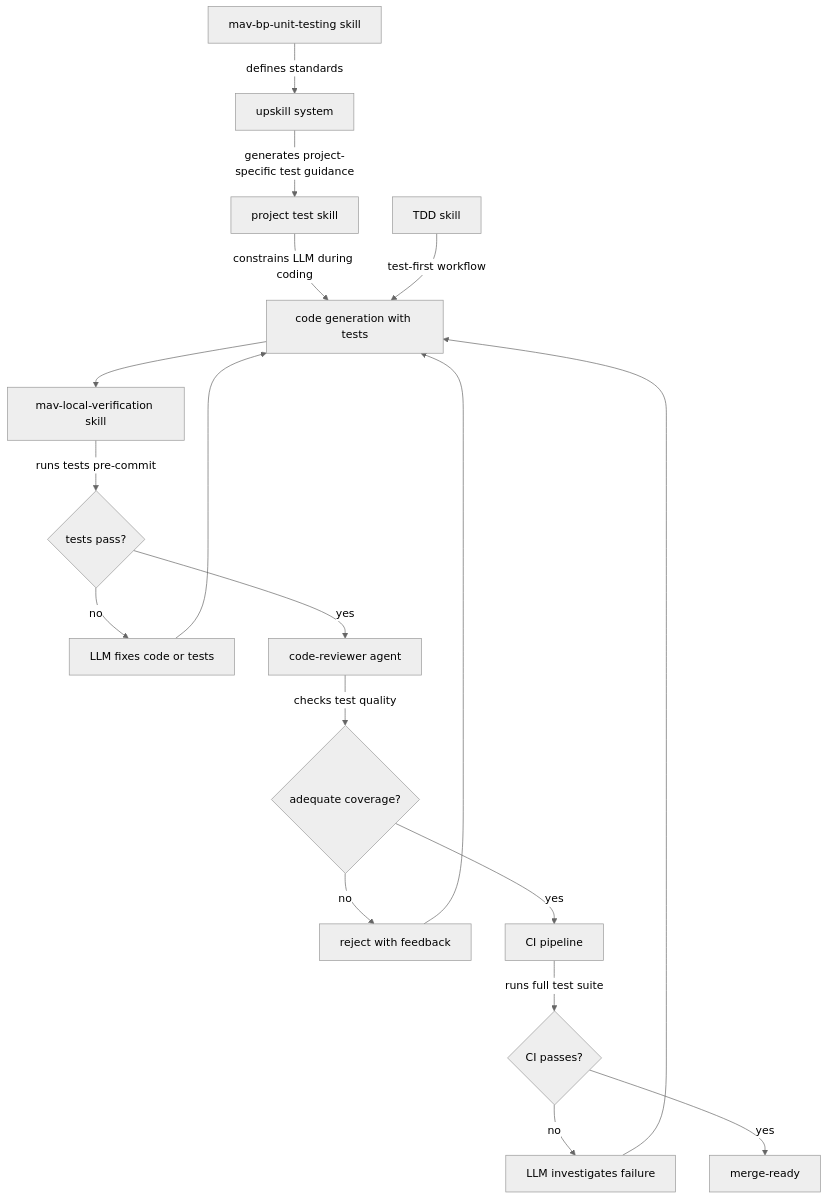
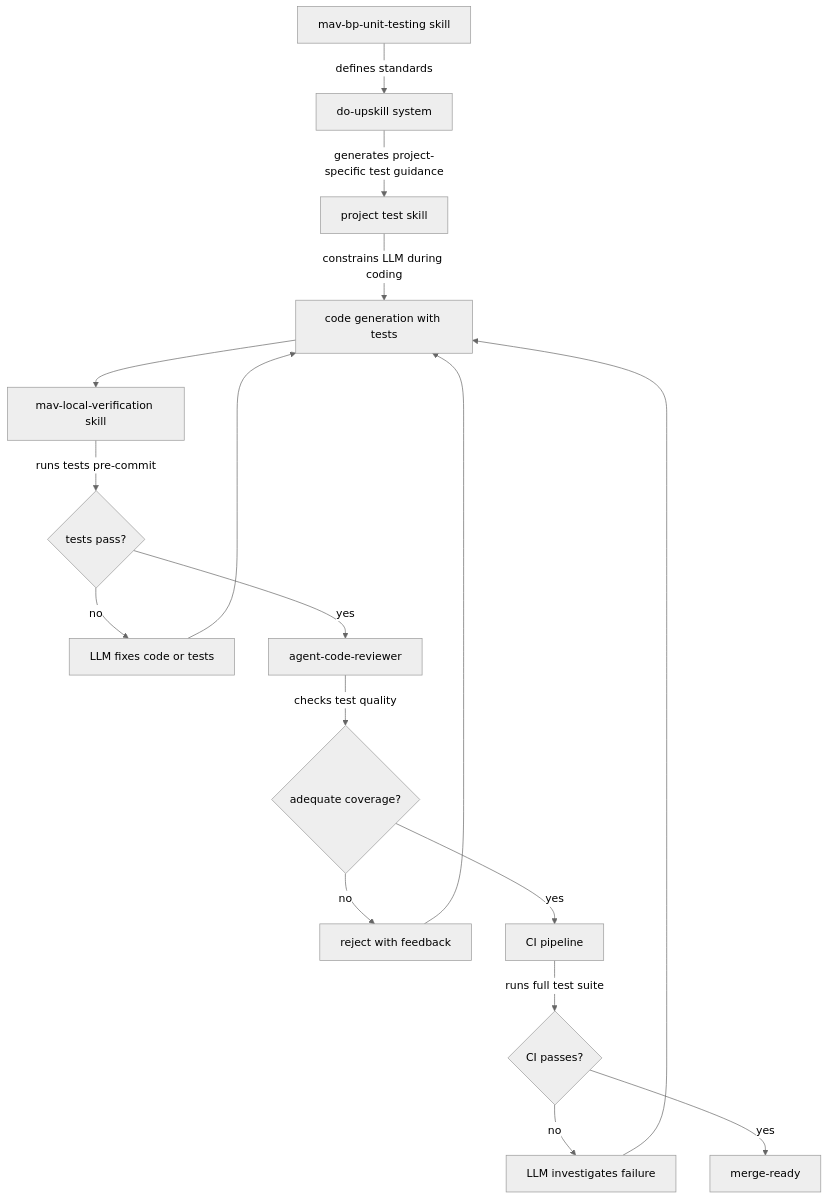
One commit to thermiteau/maverick changed the diagram in docs/standards-and-practices/comprehensive-testing.md. Above: the diagram before and after it, drawn with Mermaid (neutral theme). The commit also changed other lines of this file and 23 other files, not shown here.

````diff
--- a/docs/standards-and-practices/comprehensive-testing.md
+++ b/docs/standards-and-practices/comprehensive-testing.md
@@ -55,22 +55,20 @@
 ```mermaid
 flowchart TD
-    A[mav-bp-unit-testing skill] -->|defines standards| B[upskill system]
+    A[mav-bp-unit-testing skill] -->|defines standards| B[do-upskill system]
     B -->|generates project-specific test guidance| C[project test skill]
     C -->|constrains LLM during coding| D[code generation with tests]
-
-    E[TDD skill] -->|test-first workflow| D
 
     D --> F[mav-local-verification skill]
     F -->|runs tests pre-commit| G{tests pass?}
     G -->|no| H[LLM fixes code or tests]
     H --> D
-    G -->|yes| I[code-reviewer agent]
+    G -->|yes| I[agent-code-reviewer]
     I -->|checks test quality| J{adequate coverage?}
     J -->|no| K[reject with feedback]
     K --> D
     J -->|yes| L[CI pipeline]
     L -->|runs full test suite| M{CI passes?}
     M -->|no| N[LLM investigates failure]
     N --> D
     M -->|yes| O[merge-ready]
 ```
````
